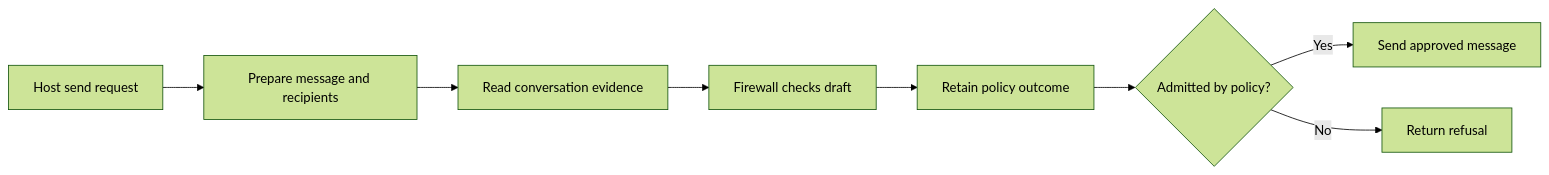
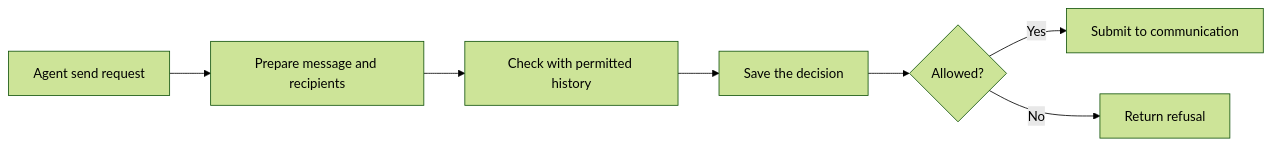
The third of 3 diagrams in packages/social-harness/src/daemon/README.md (social-harness/moltzap), drawn with Mermaid (forest theme) before and after one commit. The commit also changed other lines of this file and 19 other files, not shown here.

Commit message:
Simplify firewall behavior tests and explain the implemented flow

````diff
--- a/packages/social-harness/src/daemon/README.md
+++ b/packages/social-harness/src/daemon/README.md
@@ -45,10 +38,9 @@
 ```mermaid
 flowchart LR
-  A[Host send request] --> B[Prepare message and recipients]
-  B --> C[Read conversation evidence]
-  C --> D[Firewall checks draft]
-  D --> E[Retain policy outcome]
-  E --> F{Admitted by policy?}
-  F -->|Yes| G[Send approved message]
-  F -->|No| H[Return refusal]
+  A[Agent send request] --> B[Prepare message and recipients]
+  B --> C[Check with permitted history]
+  C --> D[Save the decision]
+  D --> E{Allowed?}
+  E -->|Yes| F[Submit to communication]
+  E -->|No| G[Return refusal]
 ```
````
